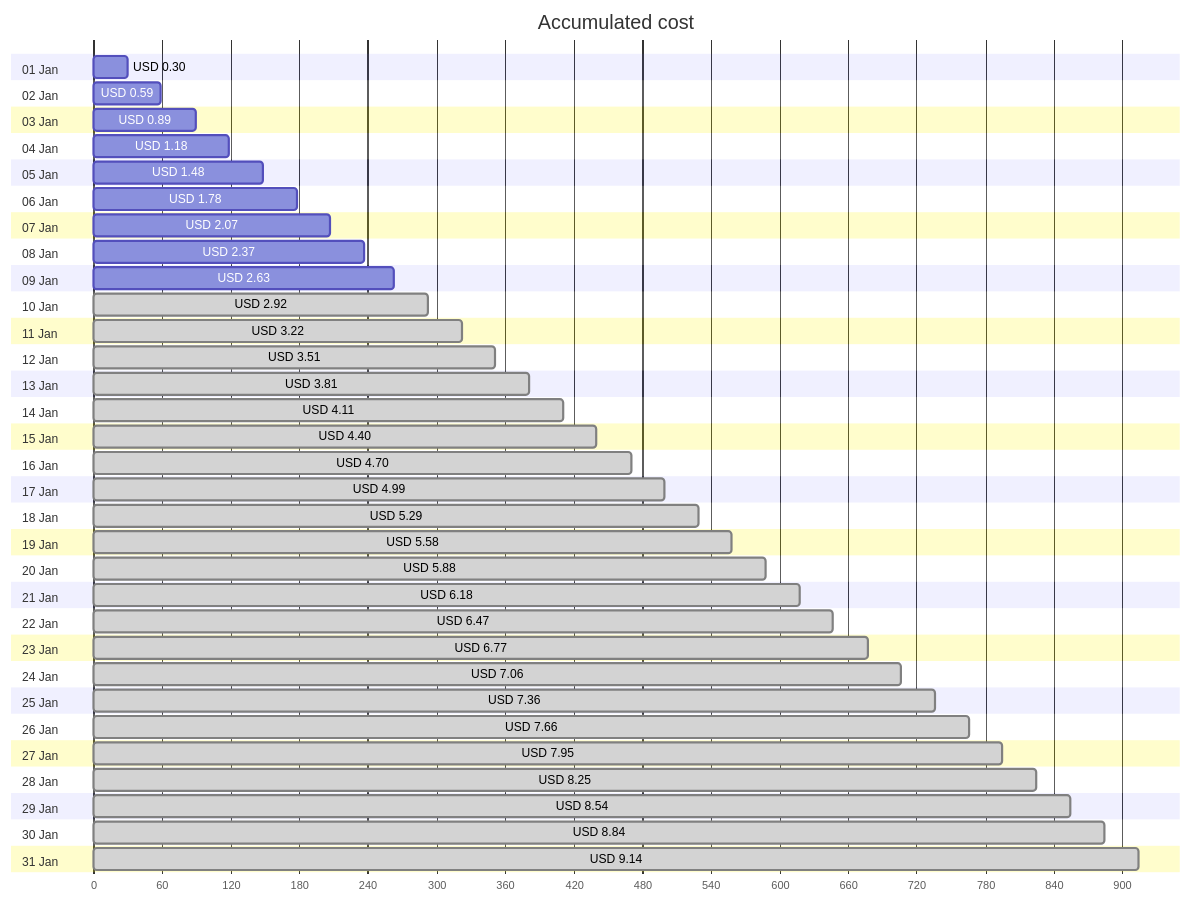
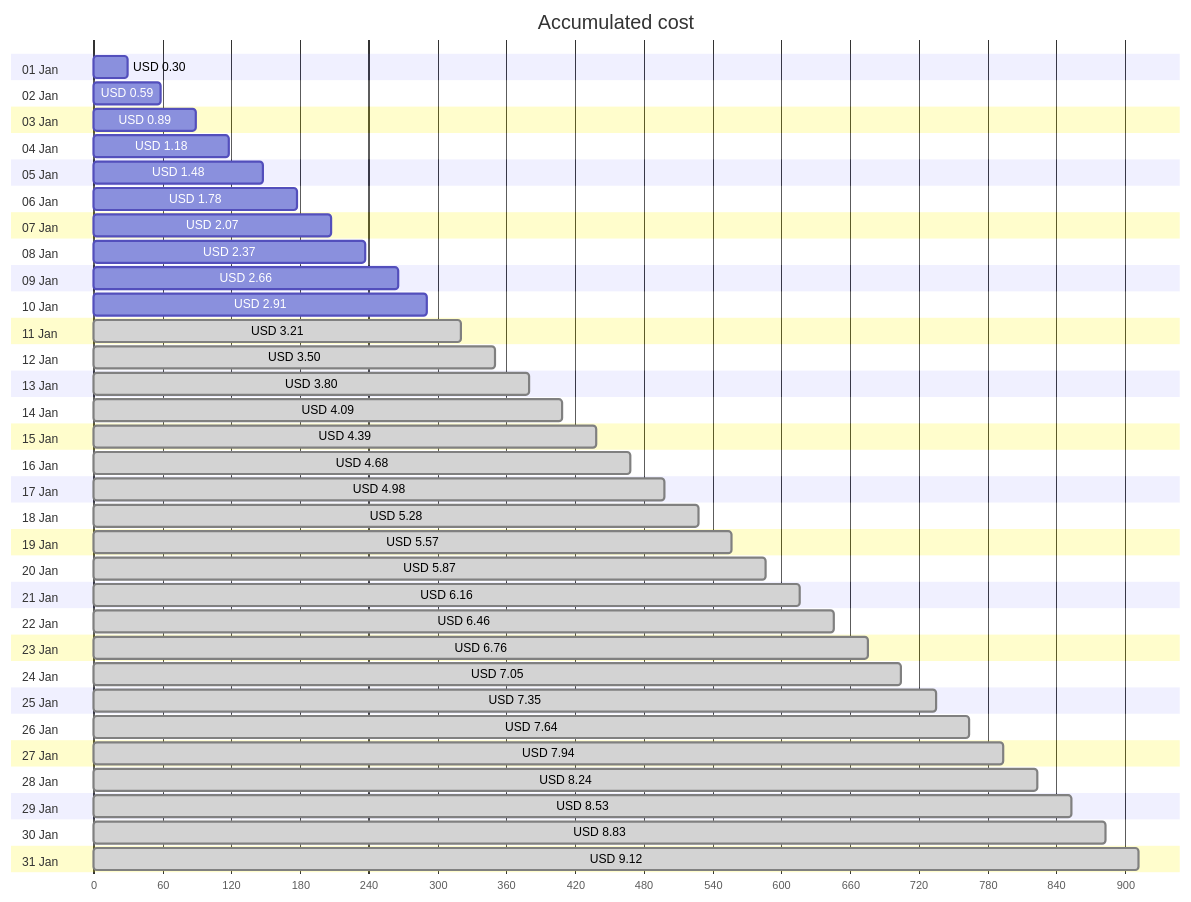
One commit to jpfulton/azure-personal-reports changed the first of 4 diagrams in cost-reports/personal-site/personal-site.md. Above: the diagram before and after it, drawn with Mermaid. The commit also changed other lines of this file and 6 other files, not shown here.

````diff
--- a/cost-reports/personal-site/personal-site.md
+++ b/cost-reports/personal-site/personal-site.md
@@ -20,68 +20,68 @@
 ```mermaid
 gantt
    title Accumulated cost
    dateFormat  X
    axisFormat %s
    section 01 Jan
    USD 0.30 :0, 30
    section 02 Jan
    USD 0.59 :0, 59
    section 03 Jan
    USD 0.89 :0, 89
    section 04 Jan
    USD 1.18 :0, 118
    section 05 Jan
    USD 1.48 :0, 148
    section 06 Jan
    USD 1.78 :0, 178
    section 07 Jan
    USD 2.07 :0, 207
    section 08 Jan
    USD 2.37 :0, 237
    section 09 Jan
-   USD 2.63 :0, 263
+   USD 2.66 :0, 266
    section 10 Jan
-   USD 2.92 : done, 0, 292
+   USD 2.91 :0, 291
    section 11 Jan
-   USD 3.22 : done, 0, 322
+   USD 3.21 : done, 0, 321
    section 12 Jan
-   USD 3.51 : done, 0, 351
+   USD 3.50 : done, 0, 350
    section 13 Jan
-   USD 3.81 : done, 0, 381
+   USD 3.80 : done, 0, 380
    section 14 Jan
-   USD 4.11 : done, 0, 411
+   USD 4.09 : done, 0, 409
    section 15 Jan
-   USD 4.40 : done, 0, 440
+   USD 4.39 : done, 0, 439
    section 16 Jan
-   USD 4.70 : done, 0, 470
+   USD 4.68 : done, 0, 468
    section 17 Jan
-   USD 4.99 : done, 0, 499
+   USD 4.98 : done, 0, 498
    section 18 Jan
-   USD 5.29 : done, 0, 529
+   USD 5.28 : done, 0, 528
    section 19 Jan
-   USD 5.58 : done, 0, 558
+   USD 5.57 : done, 0, 557
    section 20 Jan
-   USD 5.88 : done, 0, 588
+   USD 5.87 : done, 0, 587
    section 21 Jan
-   USD 6.18 : done, 0, 618
+   USD 6.16 : done, 0, 616
    section 22 Jan
-   USD 6.47 : done, 0, 647
+   USD 6.46 : done, 0, 646
    section 23 Jan
-   USD 6.77 : done, 0, 677
+   USD 6.76 : done, 0, 676
    section 24 Jan
-   USD 7.06 : done, 0, 706
+   USD 7.05 : done, 0, 705
    section 25 Jan
-   USD 7.36 : done, 0, 736
+   USD 7.35 : done, 0, 735
    section 26 Jan
-   USD 7.66 : done, 0, 766
+   USD 7.64 : done, 0, 764
    section 27 Jan
-   USD 7.95 : done, 0, 795
+   USD 7.94 : done, 0, 794
    section 28 Jan
-   USD 8.25 : done, 0, 825
+   USD 8.24 : done, 0, 824
    section 29 Jan
-   USD 8.54 : done, 0, 854
+   USD 8.53 : done, 0, 853
    section 30 Jan
-   USD 8.84 : done, 0, 884
+   USD 8.83 : done, 0, 883
    section 31 Jan
-   USD 9.14 : done, 0, 914
+   USD 9.12 : done, 0, 912
 ```
````
